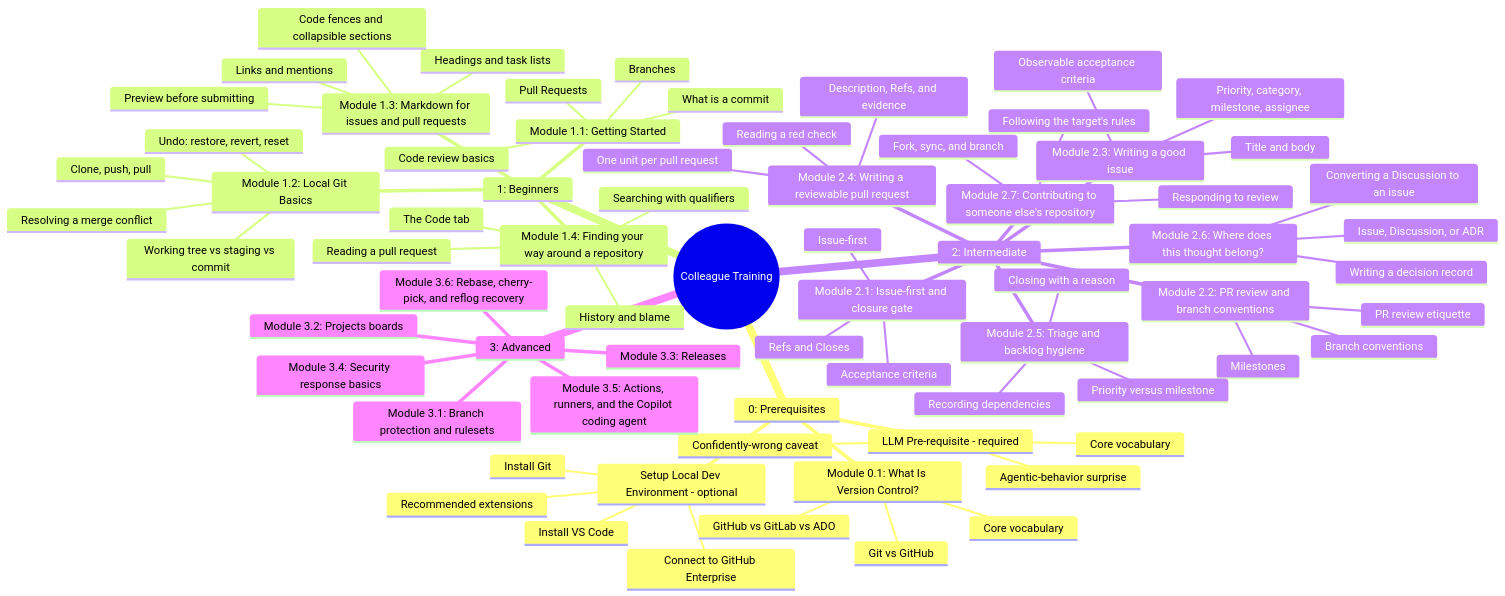
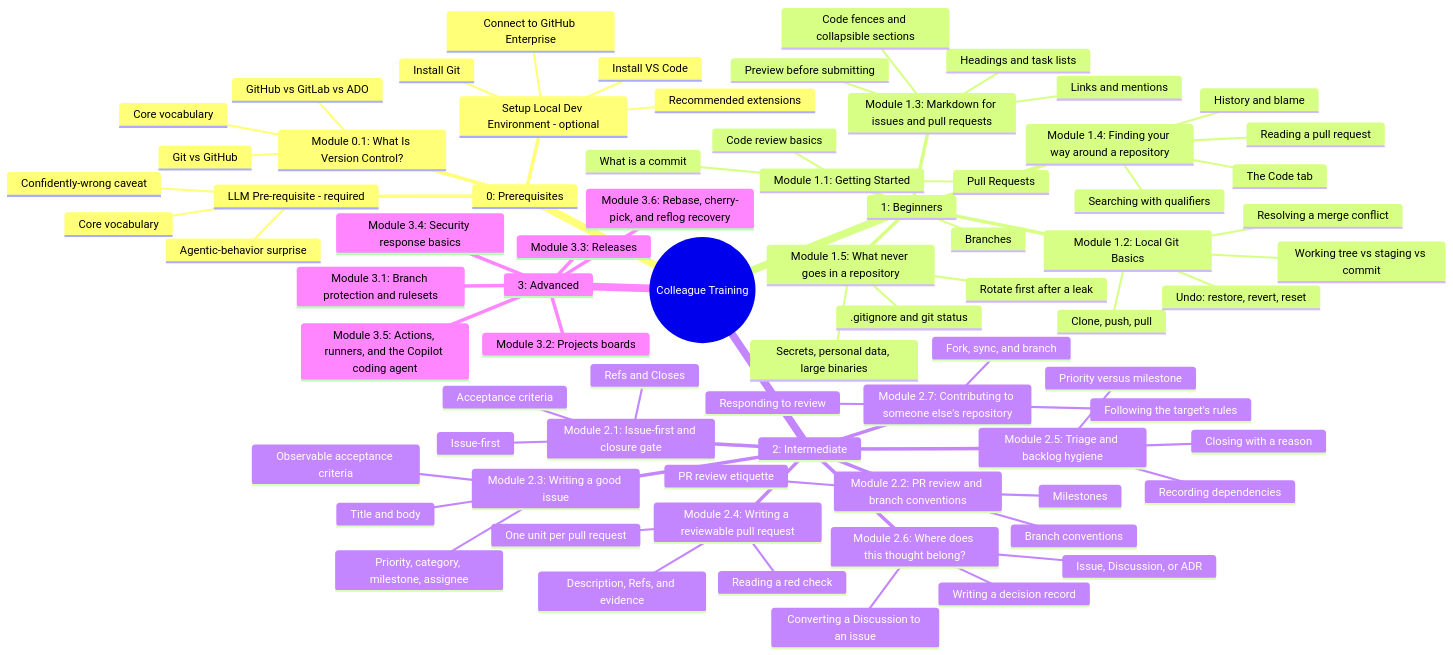
One commit to JeanKadang/DOC-GitHub-Practice-Skills changed the second of 2 diagrams in education/README.md. Above: the diagram before and after it, drawn with Mermaid. The commit also changed other lines of this file and 3 other files, not shown here.

First line of the commit message:
docs: add Module 1.5, what never goes in a repository

````diff
--- a/education/README.md
+++ b/education/README.md
@@ -118,75 +120,79 @@
 ```mermaid
 mindmap
   root((Colleague Training))
     0: Prerequisites
       Module 0.1: What Is Version Control?
         Git vs GitHub
         Core vocabulary
         GitHub vs GitLab vs ADO
       LLM Pre-requisite - required
         Core vocabulary
         Agentic-behavior surprise
         Confidently-wrong caveat
       Setup Local Dev Environment - optional
         Install Git
         Install VS Code
         Connect to GitHub Enterprise
         Recommended extensions
     1: Beginners
       Module 1.1: Getting Started
         What is a commit
         Branches
         Pull Requests
         Code review basics
       Module 1.2: Local Git Basics
         Working tree vs staging vs commit
         Clone, push, pull
         Resolving a merge conflict
         Undo: restore, revert, reset
       Module 1.3: Markdown for issues and pull requests
         Headings and task lists
         Code fences and collapsible sections
         Links and mentions
         Preview before submitting
       Module 1.4: Finding your way around a repository
         The Code tab
         History and blame
         Searching with qualifiers
         Reading a pull request
+      Module 1.5: What never goes in a repository
+        Secrets, personal data, large binaries
+        .gitignore and git status
+        Rotate first after a leak
     2: Intermediate
       Module 2.1: Issue-first and closure gate
         Issue-first
         Refs and Closes
         Acceptance criteria
       Module 2.2: PR review and branch conventions
         PR review etiquette
         Branch conventions
         Milestones
       Module 2.3: Writing a good issue
         Title and body
         Observable acceptance criteria
         Priority, category, milestone, assignee
       Module 2.4: Writing a reviewable pull request
         One unit per pull request
         Description, Refs, and evidence
         Reading a red check
       Module 2.5: Triage and backlog hygiene
         Priority versus milestone
         Recording dependencies
         Closing with a reason
       Module 2.6: Where does this thought belong?
         Issue, Discussion, or ADR
         Converting a Discussion to an issue
         Writing a decision record
       Module 2.7: Contributing to someone else's repository
         Fork, sync, and branch
         Following the target's rules
         Responding to review
     3: Advanced
       Module 3.1: Branch protection and rulesets
       Module 3.2: Projects boards
       Module 3.3: Releases
       Module 3.4: Security response basics
       Module 3.5: Actions, runners, and the Copilot coding agent
       Module 3.6: Rebase, cherry-pick, and reflog recovery
 ```
````
